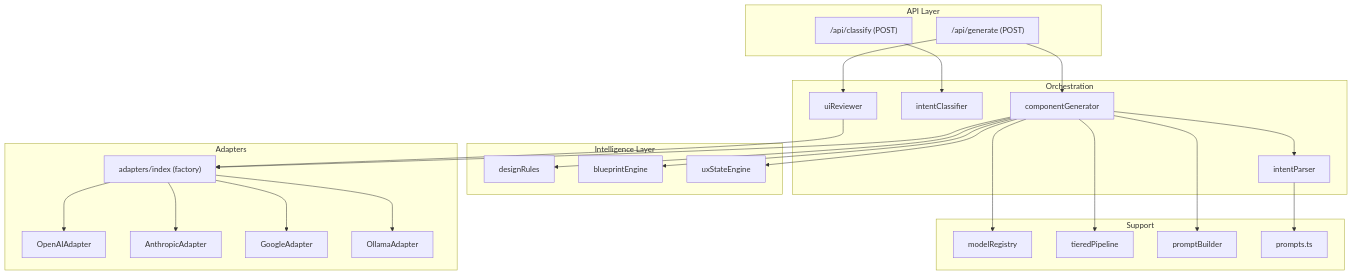
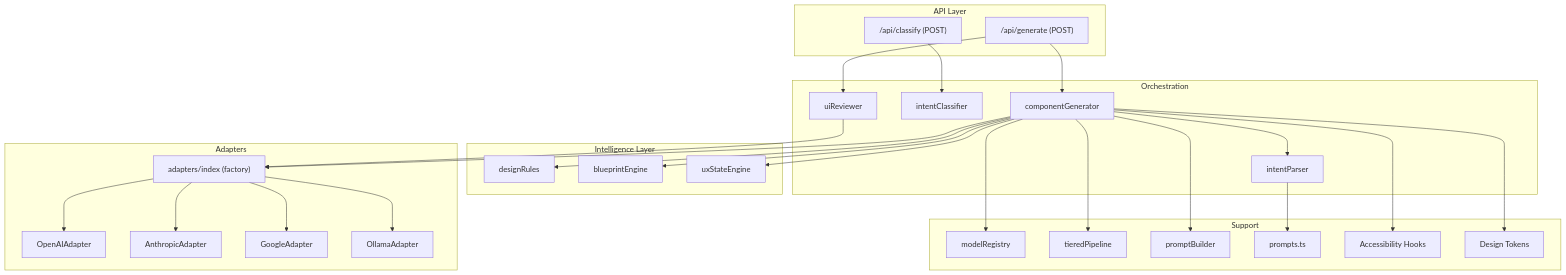
The first of 11 diagrams in .qoder/repowiki/en/content/AI Generation Engine/AI Generation Engine.md (shekhargiri005-dotcom/AI-powered-accessibility-first-UI-engine), drawn with Mermaid before and after one commit. The commit also changed other lines of this file and 24 other files, not shown here.

````diff
--- a/.qoder/repowiki/en/content/AI Generation Engine/AI Generation Engine.md
+++ b/.qoder/repowiki/en/content/AI Generation Engine/AI Generation Engine.md
@@ -58,48 +63,52 @@
 ```mermaid
 graph TB
 subgraph "API Layer"
 GEN["/api/generate (POST)"]
 CLS["/api/classify (POST)"]
 end
 subgraph "Orchestration"
 CG["componentGenerator"]
 IC["intentClassifier"]
 UR["uiReviewer"]
 IP["intentParser"]
 end
 subgraph "Intelligence Layer"
 DE["designRules"]
 BE["blueprintEngine"]
 UE["uxStateEngine"]
 end
 subgraph "Adapters"
 ADI["adapters/index (factory)"]
 OAI["OpenAIAdapter"]
 AN["AnthropicAdapter"]
 GG["GoogleAdapter"]
 OL["OllamaAdapter"]
 end
 subgraph "Support"
 MR["modelRegistry"]
 TP["tieredPipeline"]
 PB["promptBuilder"]
 PR["prompts.ts"]
+ACS["Accessibility Hooks"]
+DT["Design Tokens"]
 end
 GEN --> CG
 GEN --> UR
 CLS --> IC
 CG --> ADI
 UR --> ADI
 CG --> DE
 CG --> BE
 CG --> UE
 CG --> IP
 IP --> PR
 ADI --> OAI
 ADI --> AN
 ADI --> GG
 ADI --> OL
 CG --> MR
 CG --> TP
 CG --> PB
+CG --> ACS
+CG --> DT
 ```
````
